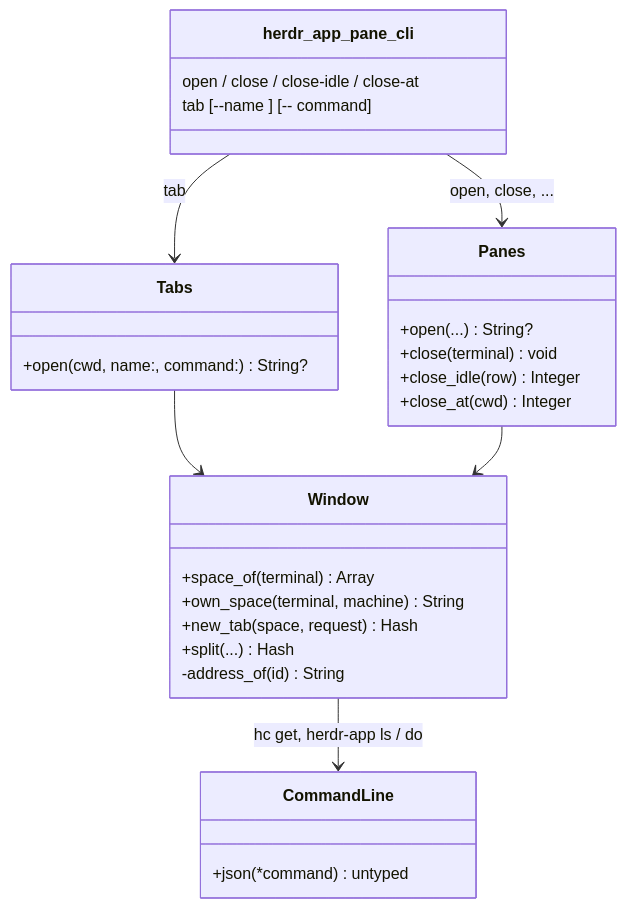
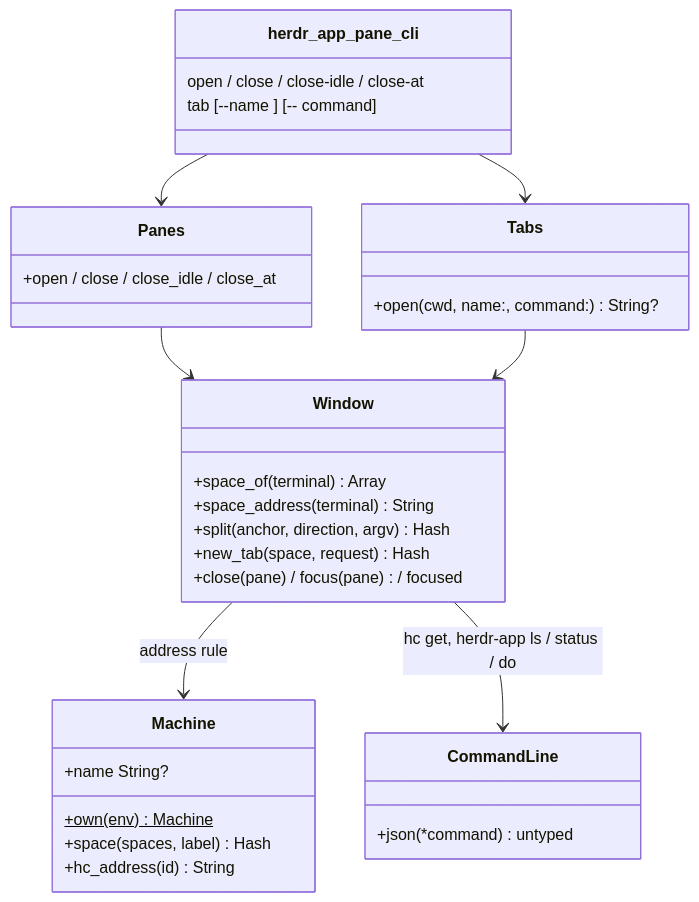
The first of 2 diagrams in docs/changes/agents-open-herdr-app-tabs-in-own-core/plan.md (eirvandelden/dotfiles), drawn with Mermaid before and after one commit. The commit also changed other lines of this file and 1 other file, not shown here.

Commit message:
docs: intent and plan for agents-open-herdr-app-tabs-in-own-core

````diff
--- a/docs/changes/agents-open-herdr-app-tabs-in-own-core/plan.md
+++ b/docs/changes/agents-open-herdr-app-tabs-in-own-core/plan.md
@@ -41,31 +45,35 @@
 ```mermaid
 classDiagram
   class herdr_app_pane_cli {
     open / close / close-idle / close-at
     tab <cwd> [--name <name>] [-- command]
   }
-  class Tabs {
-    +open(cwd, name:, command:) String?
-  }
-  class Panes {
-    +open(...) String?
-    +close(terminal) void
-    +close_idle(row) Integer
-    +close_at(cwd) Integer
+  class Machine {
+    +own(env)$ Machine
+    +name String?
+    +space(spaces, label) Hash
+    +hc_address(id) String
   }
   class Window {
     +space_of(terminal) Array
-    +own_space(terminal, machine) String
+    +space_address(terminal) String
+    +split(anchor, direction, argv) Hash
     +new_tab(space, request) Hash
-    +split(...) Hash
-    -address_of(id) String
+    +close(pane) / focus(pane) / focused
+  }
+  class Panes {
+    +open / close / close_idle / close_at
+  }
+  class Tabs {
+    +open(cwd, name:, command:) String?
   }
   class CommandLine {
     +json(*command) untyped
   }
-  herdr_app_pane_cli --> Tabs : tab
-  herdr_app_pane_cli --> Panes : open, close, ...
+  herdr_app_pane_cli --> Panes
+  herdr_app_pane_cli --> Tabs
+  Panes --> Window
   Tabs --> Window
-  Panes --> Window
-  Window --> CommandLine : hc get, herdr-app ls / do
+  Window --> Machine : address rule
+  Window --> CommandLine : hc get, herdr-app ls / status / do
 ```
````
